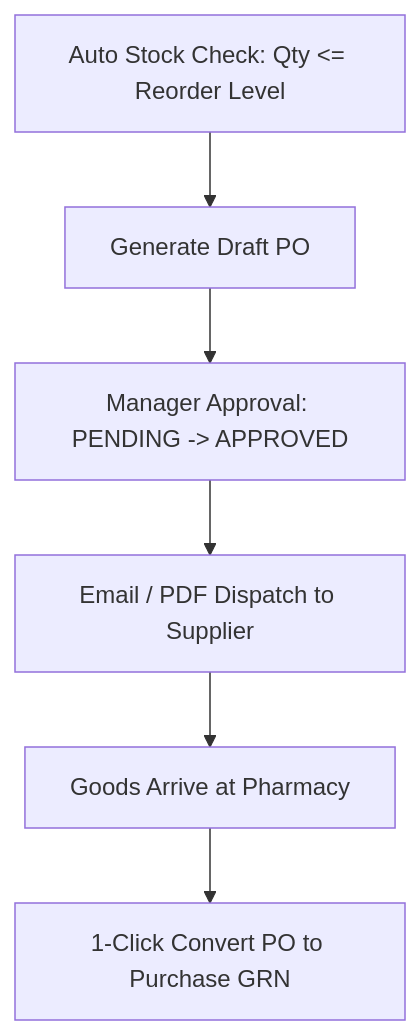
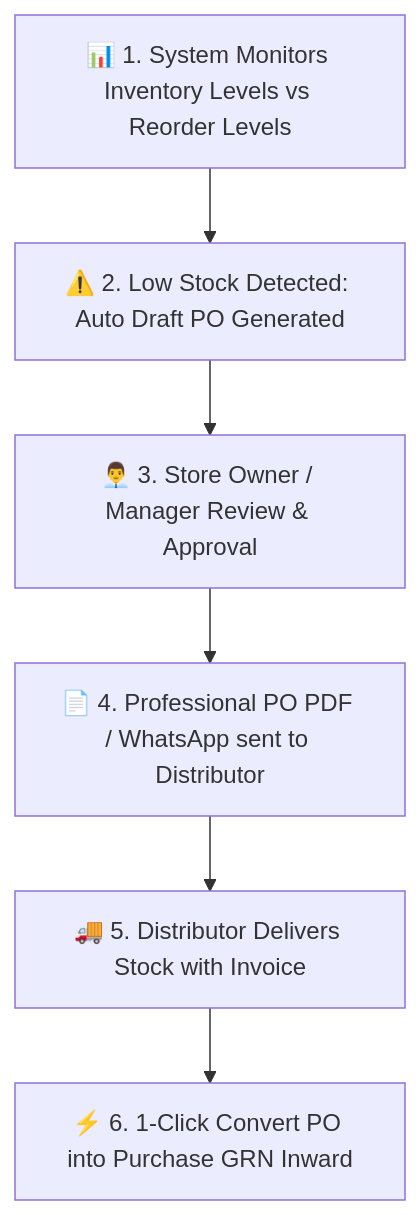
One commit to ck724280-gif/medical_inventiroy changed the diagram in read-me/purchase_orders.md. Above: the diagram before and after it, drawn with Mermaid. The commit also changed other lines of this file and 23 other files, not shown here.

````diff
--- a/read-me/purchase_orders.md
+++ b/read-me/purchase_orders.md
@@ -12,8 +21,8 @@
 ```mermaid
 graph TD
-    A[Auto Stock Check: Qty <= Reorder Level] --> B[Generate Draft PO]
-    B --> C[Manager Approval: PENDING -> APPROVED]
-    C --> D[Email / PDF Dispatch to Supplier]
-    D --> E[Goods Arrive at Pharmacy]
-    E --> F[1-Click Convert PO to Purchase GRN]
+    A[📊 1. System Monitors Inventory Levels vs Reorder Levels] --> B[⚠️ 2. Low Stock Detected: Auto Draft PO Generated]
+    B --> C[👨‍💼 3. Store Owner / Manager Review & Approval]
+    C --> D[📄 4. Professional PO PDF / WhatsApp sent to Distributor]
+    D --> E[🚚 5. Distributor Delivers Stock with Invoice]
+    E --> F[⚡ 6. 1-Click Convert PO into Purchase GRN Inward]
 ```
````
